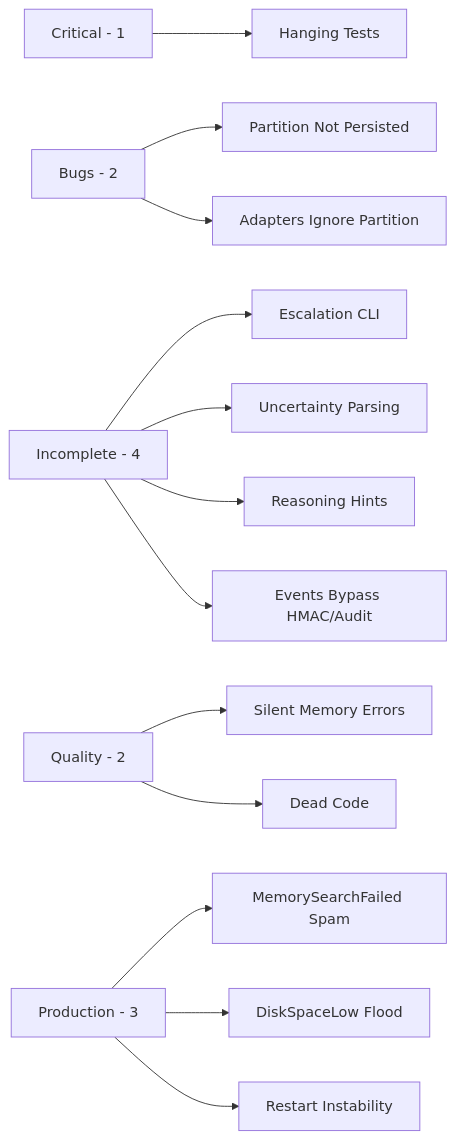
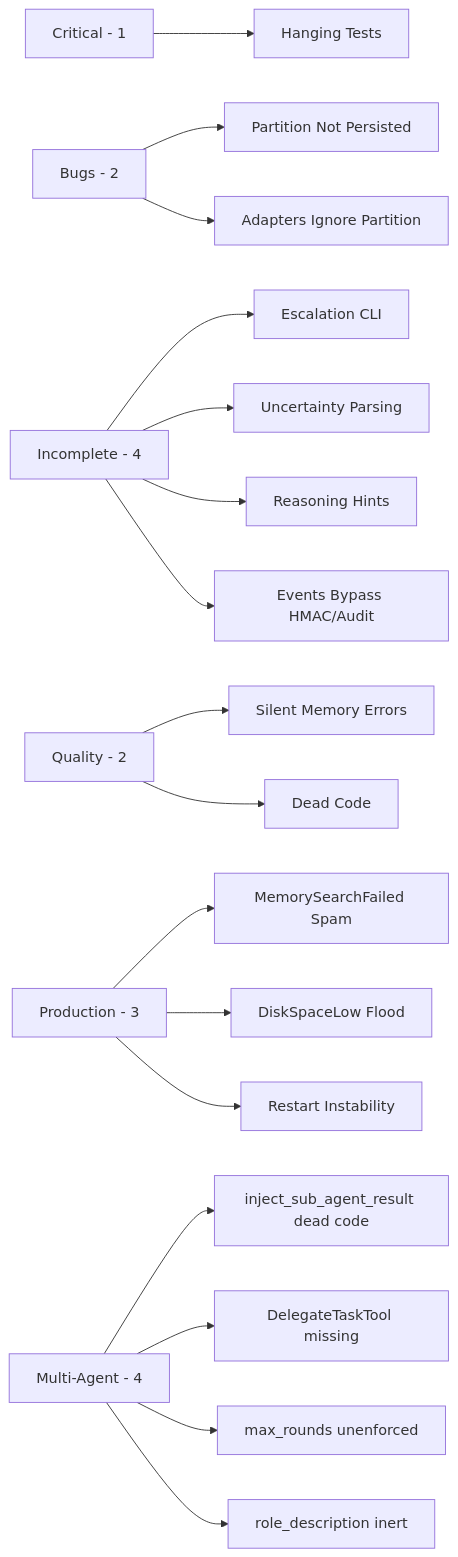
One commit to AjasMohammed/Agos changed the diagram in obsidian-vault/roadmap/Issues and Fixes.md. Above: the diagram before and after it, drawn with Mermaid. The commit also changed other lines of this file and 22 other files, not shown here.

````diff
--- a/obsidian-vault/roadmap/Issues and Fixes.md
+++ b/obsidian-vault/roadmap/Issues and Fixes.md
@@ -183,15 +205,19 @@
 ```mermaid
 graph LR
     A[Critical - 1] --> A1[Hanging Tests]
     B[Bugs - 2] --> B1[Partition Not Persisted]
     B --> B2[Adapters Ignore Partition]
     C[Incomplete - 4] --> C1[Escalation CLI]
     C --> C2[Uncertainty Parsing]
     C --> C3[Reasoning Hints]
     C --> C4[Events Bypass HMAC/Audit]
     D[Quality - 2] --> D1[Silent Memory Errors]
     D --> D2[Dead Code]
     E[Production - 3] --> E1[MemorySearchFailed Spam]
     E --> E2[DiskSpaceLow Flood]
     E --> E3[Restart Instability]
+    F[Multi-Agent - 4] --> F1[inject_sub_agent_result dead code]
+    F --> F2[DelegateTaskTool missing]
+    F --> F3[max_rounds unenforced]
+    F --> F4[role_description inert]
 ```
````
